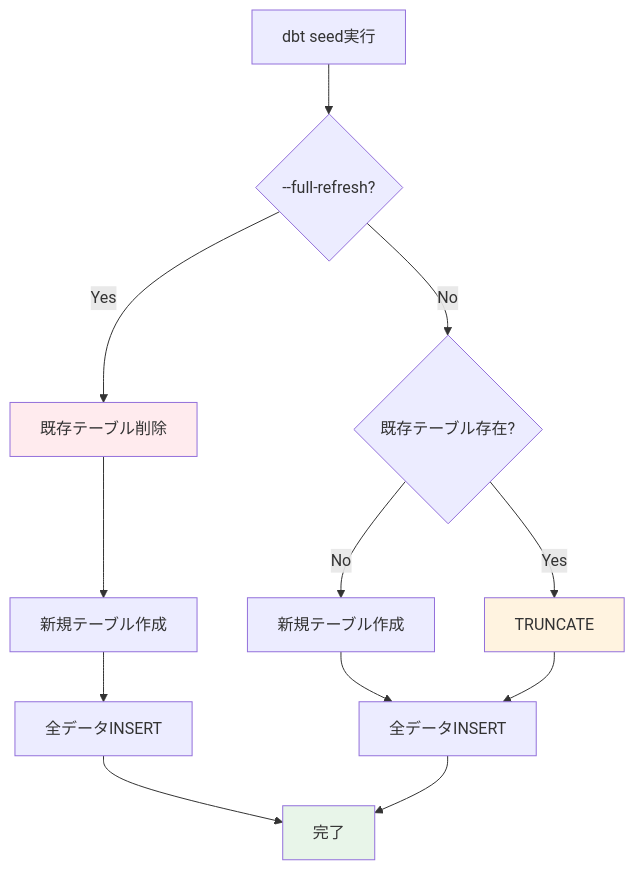
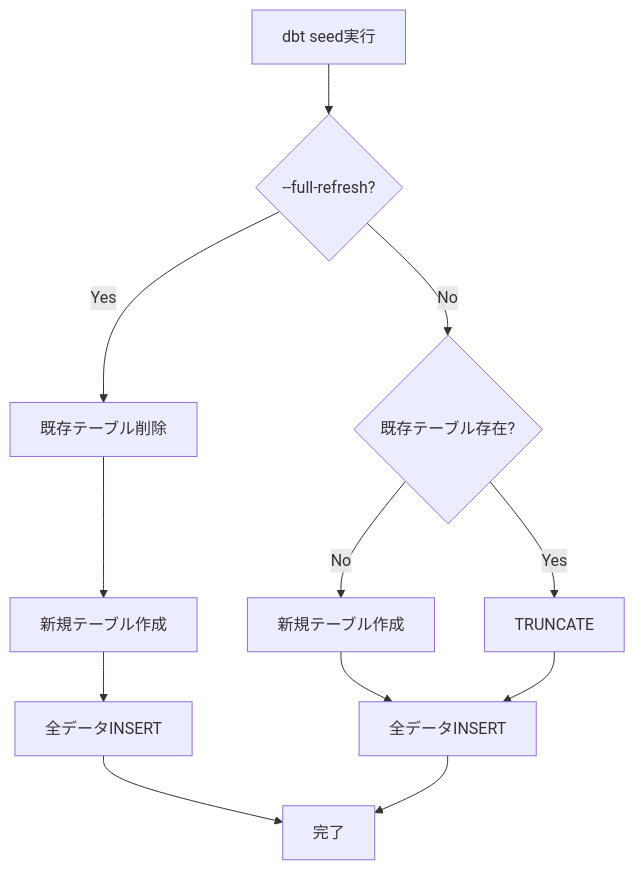
Before and after one commit to 1210yuichi0/1210yuichi0.github.io: the sixth of 8 diagrams in content/Tech/dbt/categories/seed-config.md, drawn with Mermaid. The commit also changed other lines of this file and 22 other files, not shown here.

First line of the commit message:
style: remove Mermaid style directives for dark mode compatibility

````diff
--- a/content/Tech/dbt/categories/seed-config.md
+++ b/content/Tech/dbt/categories/seed-config.md
@@ -717,22 +703,19 @@
 ```mermaid
 flowchart TD
     A[dbt seed実行] --> B{--full-refresh?}
 
     B -->|Yes| C[既存テーブル削除]
     C --> D[新規テーブル作成]
     D --> E[全データINSERT]
 
     B -->|No| F{既存テーブル存在?}
     F -->|No| G[新規テーブル作成]
     F -->|Yes| H[TRUNCATE]
 
     G --> I[全データINSERT]
     H --> I
 
     E --> J[完了]
     I --> J
 
-    style C fill:#ffebee
-    style H fill:#fff3e0
-    style J fill:#e8f5e9
 ```
````
